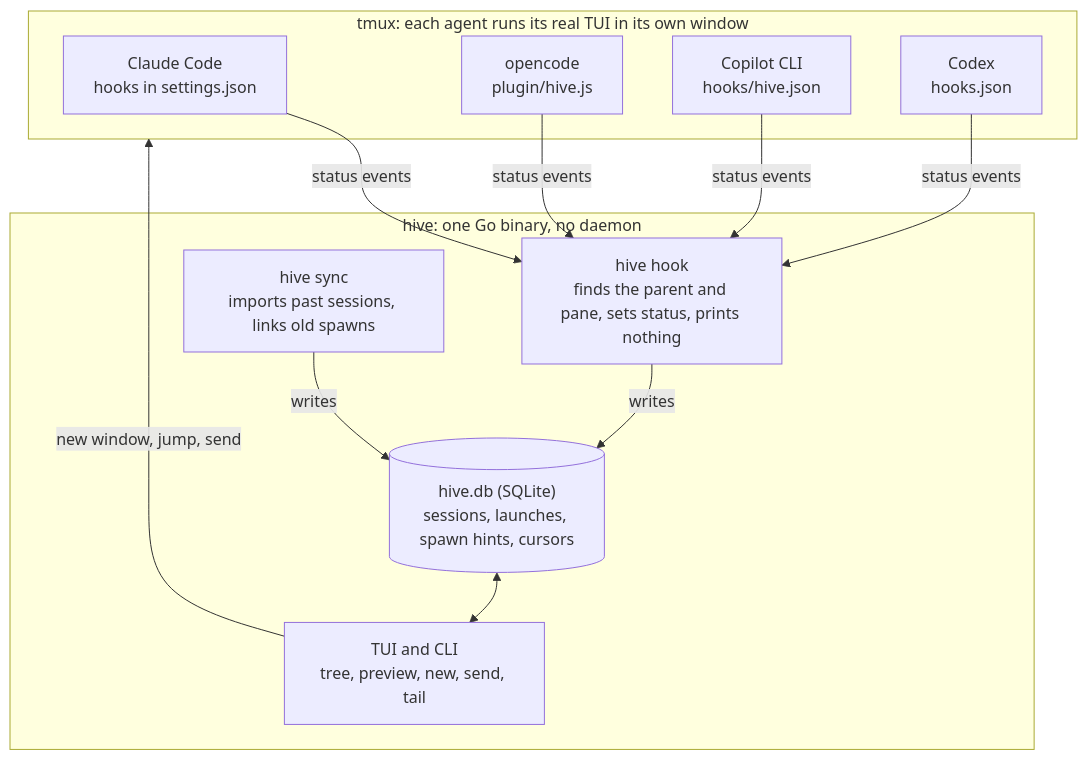
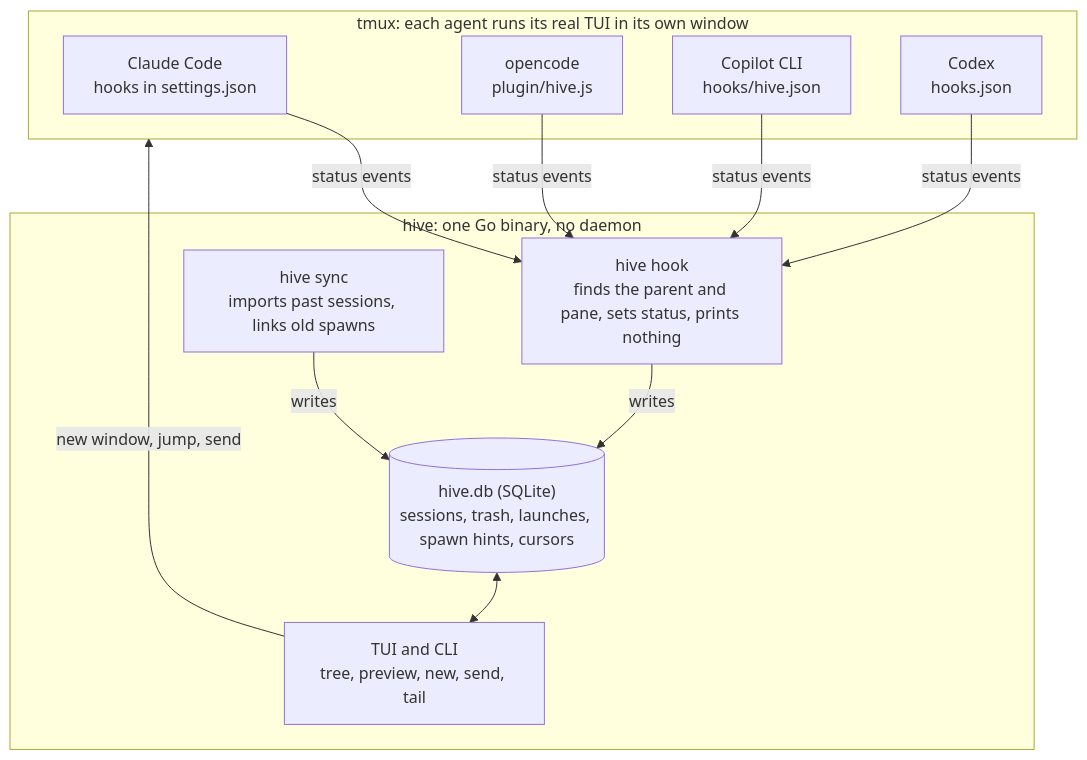
One commit to SadriShehu/hive changed the diagram in DESIGN.md. Above: the diagram before and after it, drawn with Mermaid. The commit also changed other lines of this file and 32 other files, not shown here.

````diff
--- a/DESIGN.md
+++ b/DESIGN.md
@@ -30,20 +31,20 @@
 ```mermaid
 flowchart TB
   subgraph tmux["tmux: each agent runs its real TUI in its own window"]
     claude["Claude Code<br/>hooks in settings.json"]
     opencode["opencode<br/>plugin/hive.js"]
     copilot["Copilot CLI<br/>hooks/hive.json"]
     codex["Codex<br/>hooks.json"]
   end
   subgraph bin["hive: one Go binary, no daemon"]
     hook["hive hook<br/>finds the parent and pane, sets status, prints nothing"]
     sync["hive sync<br/>imports past sessions, links old spawns"]
-    db[("hive.db (SQLite)<br/>sessions, launches, spawn hints, cursors")]
+    db[("hive.db (SQLite)<br/>sessions, trash, launches, spawn hints, cursors")]
     ui["TUI and CLI<br/>tree, preview, new, send, tail"]
   end
   claude & opencode & copilot & codex -->|status events| hook
   hook -->|writes| db
   sync -->|writes| db
   db <--> ui
   ui -->|"new window, jump, send"| tmux
 ```
````
